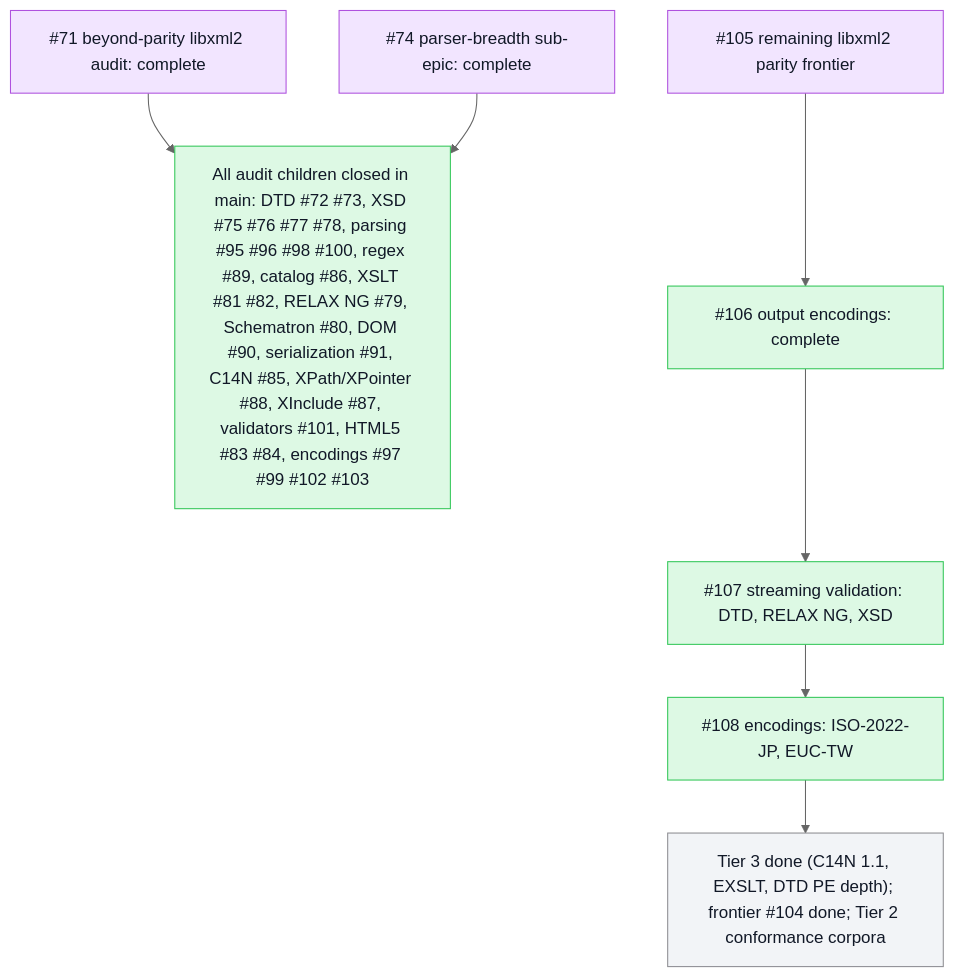
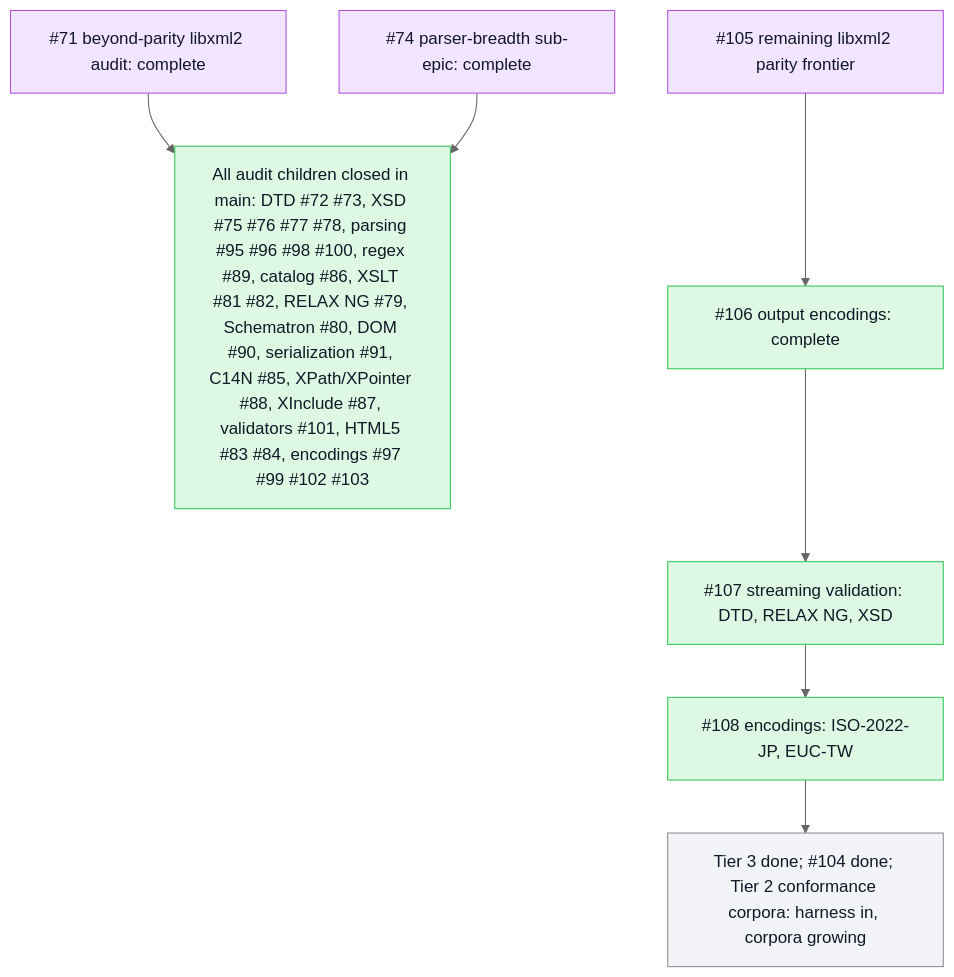
The second of 2 diagrams in README.md (mihaelamj/PureXML), drawn with Mermaid (neutral theme) before and after one commit. The commit also changed other lines of this file and 3 other files, not shown here.

First line of the commit message:
feat(validation): conformance-corpus harness via the validation framework

````diff
--- a/README.md
+++ b/README.md
@@ -76,21 +76,21 @@
 ```mermaid
 flowchart TB
   classDef done fill:#ddf9e4,stroke:#34c759,color:#111827
   classDef review fill:#fff7d6,stroke:#ffcc00,color:#111827
   classDef epic fill:#f2e5ff,stroke:#af52de,color:#111827
   classDef todo fill:#f2f4f7,stroke:#8e8e93,color:#111827
   Epic71["#71 beyond-parity libxml2 audit: complete"]:::epic
   Epic74["#74 parser-breadth sub-epic: complete"]:::epic
   Done["All audit children closed in main: DTD #72 #73, XSD #75 #76 #77 #78, parsing #95 #96 #98 #100, regex #89, catalog #86, XSLT #81 #82, RELAX NG #79, Schematron #80, DOM #90, serialization #91, C14N #85, XPath/XPointer #88, XInclude #87, validators #101, HTML5 #83 #84, encodings #97 #99 #102 #103"]:::done
   Epic71 --> Done
   Epic74 --> Done
   Epic105["#105 remaining libxml2 parity frontier"]:::epic
   OutEnc["#106 output encodings: complete"]:::done
   StreamVal["#107 streaming validation: DTD, RELAX NG, XSD"]:::done
   MoreEnc["#108 encodings: ISO-2022-JP, EUC-TW"]:::done
-  Depth["Tier 3 done (C14N 1.1, EXSLT, DTD PE depth); frontier #104 done; Tier 2 conformance corpora"]:::todo
+  Depth["Tier 3 done; #104 done; Tier 2 conformance corpora: harness in, corpora growing"]:::todo
   Epic105 --> OutEnc
   OutEnc --> StreamVal
   StreamVal --> MoreEnc
   MoreEnc --> Depth
 ```
````
